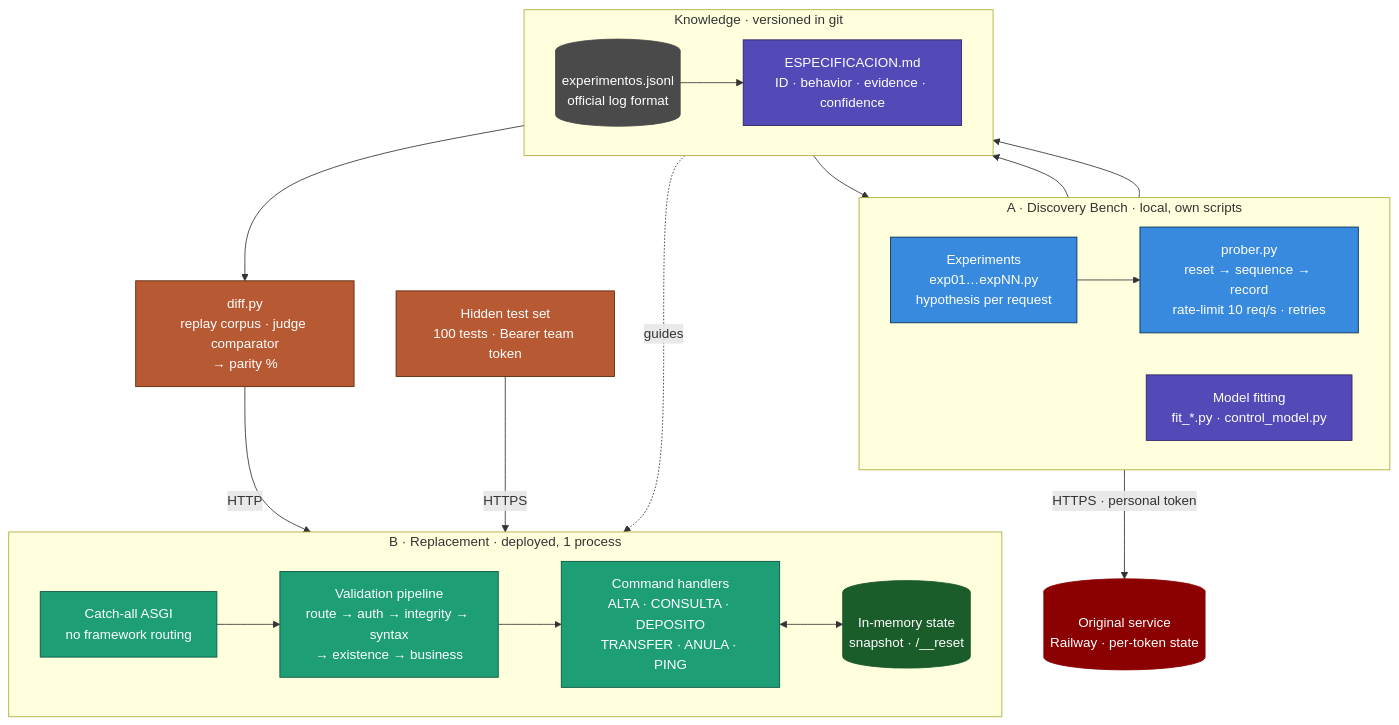
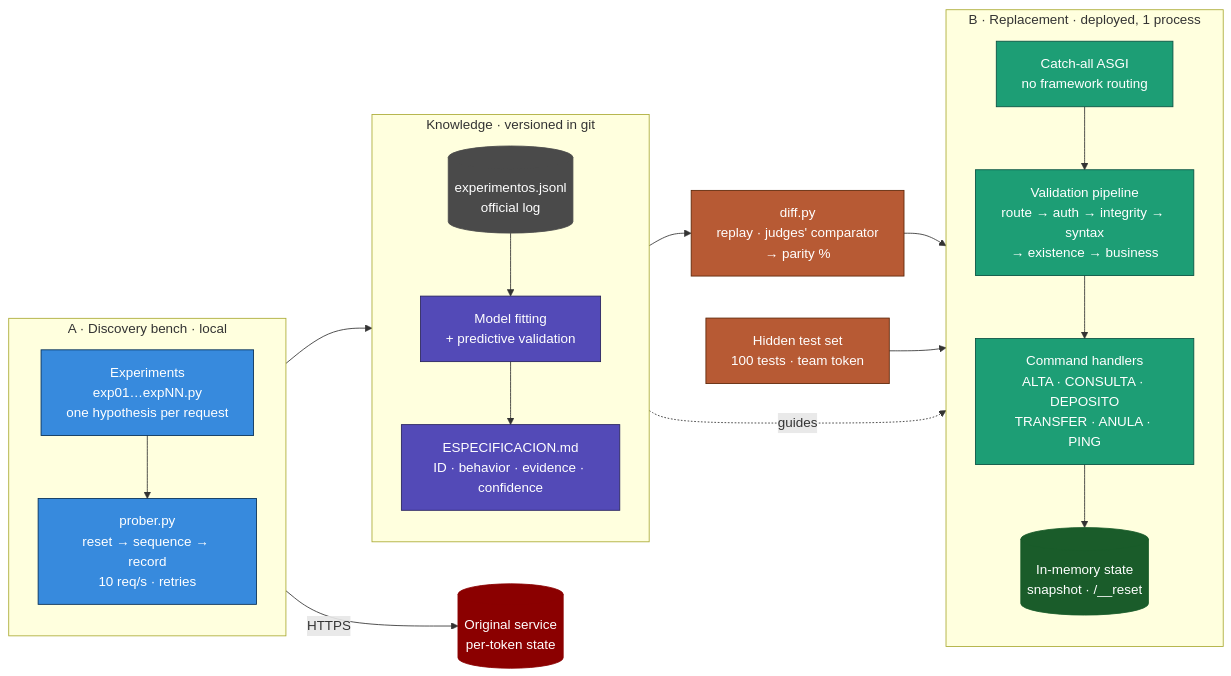
Before and after one commit to jorgefajardom-coder/Ai-builders-Hackaton: the first of 6 diagrams in README.md, drawn with Mermaid. The commit also changed other lines of this file and 5 other files, not shown here.

First line of the commit message:
docs: diagramas sin superposiciones y con flujo animado

````diff
--- a/README.md
+++ b/README.md
@@ -135,54 +135,51 @@
 ```mermaid
-graph TB
-    subgraph BENCH["A · Discovery Bench  ·  local, own scripts"]
-        direction LR
-        EXP["Experiments\nexp01…expNN.py\nhypothesis per request"]
-        PRB["prober.py\nreset → sequence → record\nrate-limit 10 req/s · retries"]
-        FIT["Model fitting\nfit_*.py · control_model.py"]
+graph LR
+    subgraph BENCH["A · Discovery bench · local"]
+        direction TB
+        EXP["Experiments<br/>exp01…expNN.py<br/>one hypothesis per request"]
+        PRB["prober.py<br/>reset → sequence → record<br/>10 req/s · retries"]
         EXP --> PRB
     end
 
-    ORIG[("Original service\nRailway · per-token state")]
+    ORIG[("Original service<br/>per-token state")]
 
-    subgraph KNOW["Knowledge  ·  versioned in git"]
-        direction LR
-        LOG[("experimentos.jsonl\nofficial log format")]
-        SPEC["ESPECIFICACION.md\nID · behavior · evidence · confidence"]
-        LOG --> SPEC
+    subgraph KNOW["Knowledge · versioned in git"]
+        direction TB
+        LOG[("experimentos.jsonl<br/>official log")]
+        FIT["Model fitting<br/>+ predictive validation"]
+        SPEC["ESPECIFICACION.md<br/>ID · behavior · evidence · confidence"]
+        LOG --> FIT --> SPEC
     end
 
-    subgraph REPL["B · Replacement  ·  deployed, 1 process"]
-        direction LR
-        GW["Catch-all ASGI\nno framework routing"]
-        PIPE["Validation pipeline\nroute → auth → integrity → syntax\n→ existence → business"]
-        CMD["Command handlers\nALTA · CONSULTA · DEPOSITO\nTRANSFER · ANULA · PING"]
-        ST[("In-memory state\nsnapshot · /__reset")]
-        GW --> PIPE --> CMD
-        CMD <--> ST
+    subgraph REPL["B · Replacement · deployed, 1 process"]
+        direction TB
+        GW["Catch-all ASGI<br/>no framework routing"]
+        PIPE["Validation pipeline<br/>route → auth → integrity → syntax<br/>→ existence → business"]
+        CMD["Command handlers<br/>ALTA · CONSULTA · DEPOSITO<br/>TRANSFER · ANULA · PING"]
+        ST[("In-memory state<br/>snapshot · /__reset")]
+        GW --> PIPE --> CMD --> ST
     end
 
-    DIFF["diff.py\nreplay corpus · judge comparator\n→ parity %"]
-    JUDGE["Hidden test set\n100 tests · Bearer team token"]
+    DIFF["diff.py<br/>replay · judges' comparator<br/>→ parity %"]
+    JUDGE["Hidden test set<br/>100 tests · team token"]
 
-    PRB -->|"HTTPS · personal token"| ORIG
+    PRB -->|HTTPS| ORIG
     PRB --> LOG
-    LOG --> FIT
-    FIT --> SPEC
-    SPEC -. guides .-> CMD
+    SPEC -.->|guides| CMD
     LOG --> DIFF
-    DIFF -->|HTTP| GW
-    JUDGE -->|HTTPS| GW
+    DIFF --> GW
+    JUDGE --> GW
 
     style ORIG  fill:#8b0000,stroke:#8b0000,color:#fff
+    style EXP   fill:#378ADD,stroke:#042C53,color:#fff
     style PRB   fill:#378ADD,stroke:#042C53,color:#fff
-    style EXP   fill:#378ADD,stroke:#042C53,color:#fff
+    style LOG   fill:#4a4a4a,stroke:#4a4a4a,color:#fff
     style FIT   fill:#534AB7,stroke:#26215C,color:#fff
-    style LOG   fill:#4a4a4a,stroke:#4a4a4a,color:#fff
     style SPEC  fill:#534AB7,stroke:#26215C,color:#fff
     style GW    fill:#1D9E75,stroke:#085041,color:#fff
     style PIPE  fill:#1D9E75,stroke:#085041,color:#fff
     style CMD   fill:#1D9E75,stroke:#085041,color:#fff
     style ST    fill:#1a5c2a,stroke:#1a5c2a,color:#fff
     style DIFF  fill:#B75A34,stroke:#5C2506,color:#fff
     style JUDGE fill:#B75A34,stroke:#5C2506,color:#fff
 ```
````
